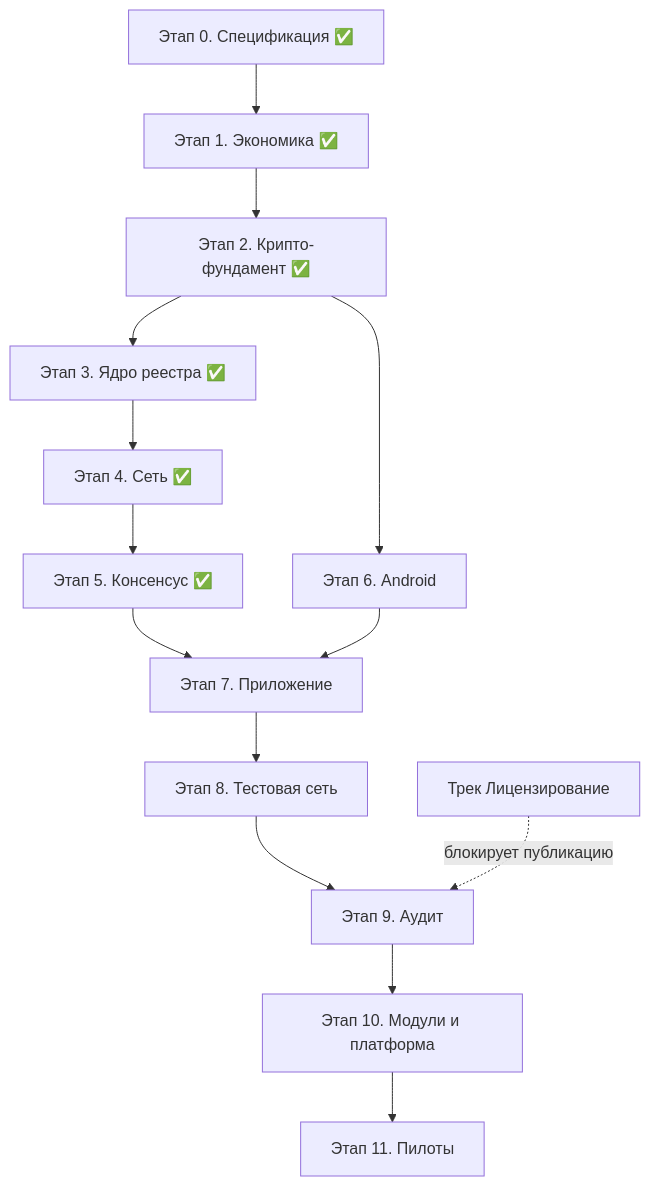
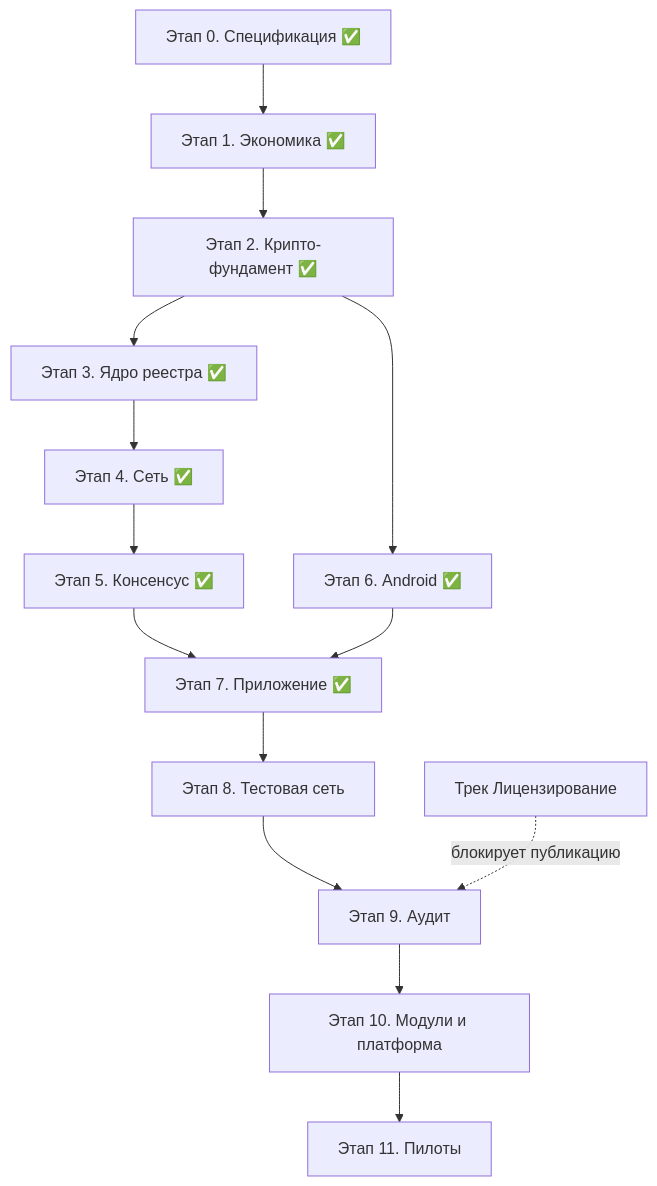
Before and after one commit to rumatakira74/equality-trust-networks: the diagram in docs/development-plan.md, drawn with Mermaid. The commit also changed other lines of this file, not shown here.

Commit message:
development-plan: этапы 6–7 выполнены (мета веток); этап 8 — подэтап 8.0, genesis-утилита, release-APK, ранбук

````diff
--- a/docs/development-plan.md
+++ b/docs/development-plan.md
@@ -216,16 +222,16 @@
 ```mermaid
 flowchart TD
     S0["Этап 0. Спецификация ✅"] --> S1["Этап 1. Экономика ✅"]
     S1 --> S2["Этап 2. Крипто-фундамент ✅"]
     S2 --> S3["Этап 3. Ядро реестра ✅"]
     S3 --> S4["Этап 4. Сеть ✅"]
     S4 --> S5["Этап 5. Консенсус ✅"]
-    S2 --> S6["Этап 6. Android"]
-    S5 --> S7["Этап 7. Приложение"]
+    S2 --> S6["Этап 6. Android ✅"]
+    S5 --> S7["Этап 7. Приложение ✅"]
     S6 --> S7
     S7 --> S8["Этап 8. Тестовая сеть"]
     S8 --> S9["Этап 9. Аудит"]
     S9 --> S10["Этап 10. Модули и платформа"]
     S10 --> S11["Этап 11. Пилоты"]
     L["Трек Лицензирование"] -. "блокирует публикацию" .-> S9
 ```
````
